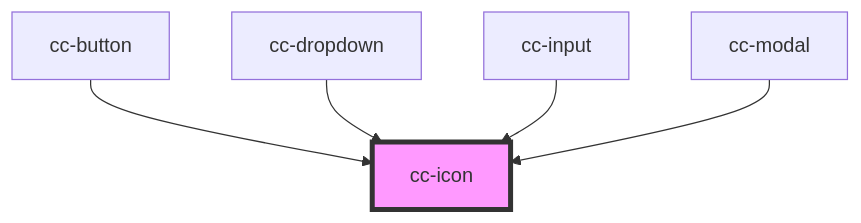
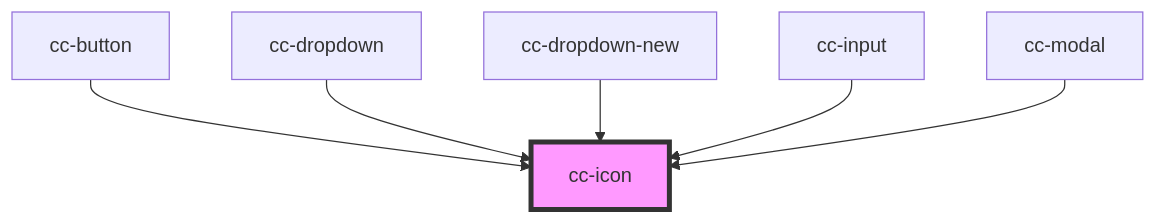
Before and after one commit to lacafetalab/cafeta-components: the diagram in packages/core/src/components/cc-icon/readme.md, drawn with Mermaid. The commit also changed other lines of this file and 11 other files, not shown here.

````diff
--- a/packages/core/src/components/cc-icon/readme.md
+++ b/packages/core/src/components/cc-icon/readme.md
@@ -26,8 +27,9 @@
 ```mermaid
 graph TD;
   cc-button --> cc-icon
   cc-dropdown --> cc-icon
+  cc-dropdown-new --> cc-icon
   cc-input --> cc-icon
   cc-modal --> cc-icon
   style cc-icon fill:#f9f,stroke:#333,stroke-width:4px
 ```
````
